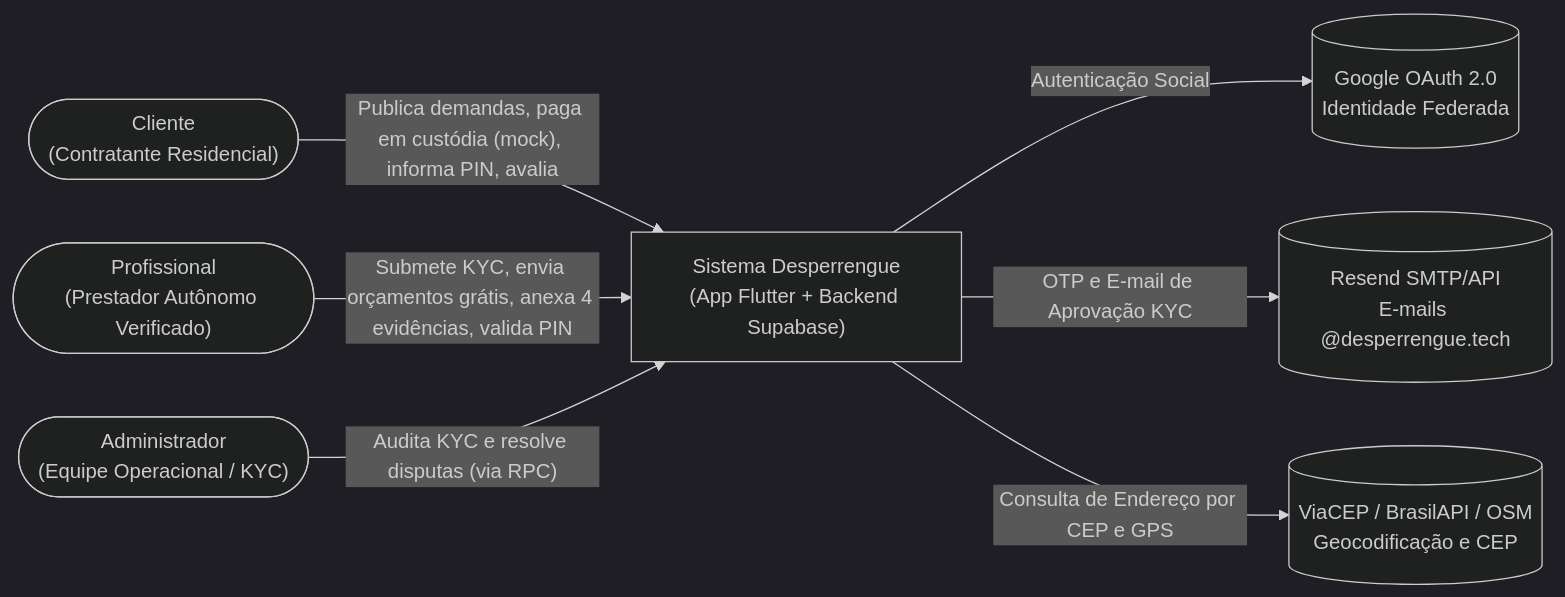
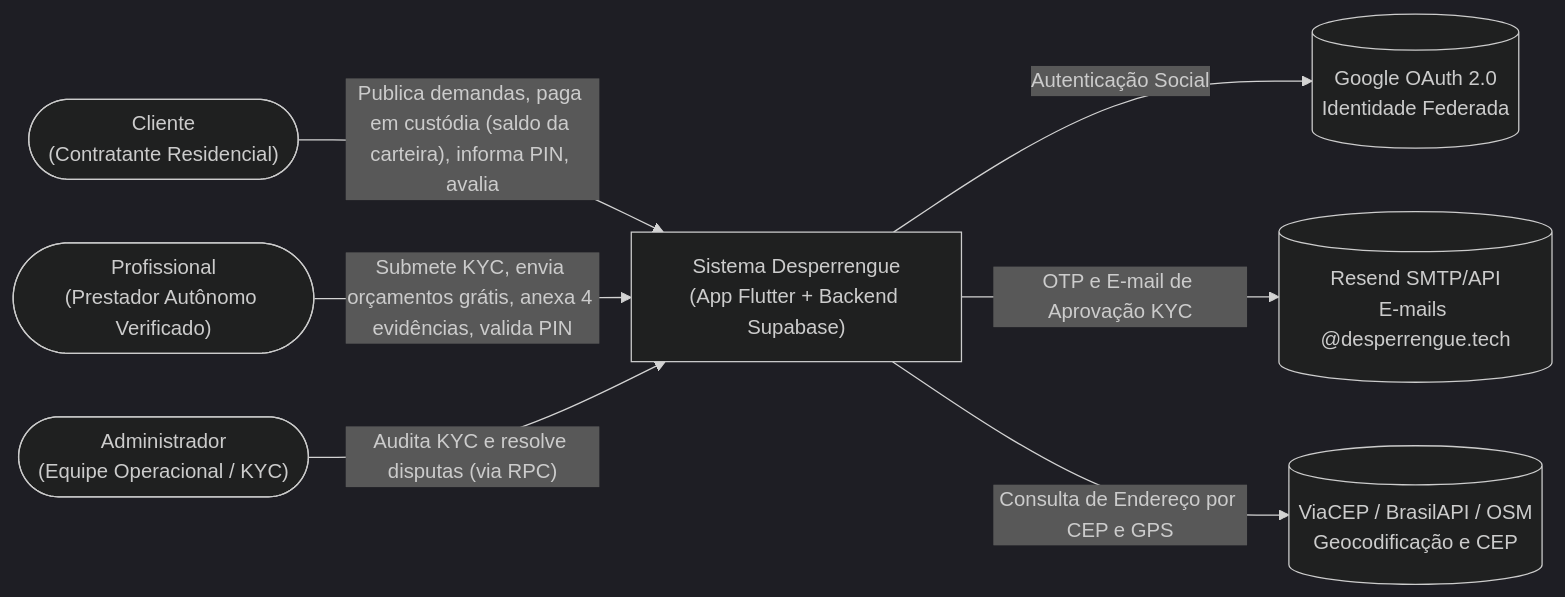
The first of 3 diagrams in docs/Arquitetura do Sistema.md (Washington-Freitas/DesperrengueApp_TAI3), drawn with Mermaid (dark theme) before and after one commit. The commit also changed other lines of this file and 17 other files, not shown here.

First line of the commit message:
docs: documentacao profissional da carteira (ARCHITECTURE, SECURITY, ADRs, specs, guias) + refactor(wallet): modelos em Dart puro

````diff
--- a/docs/Arquitetura do Sistema.md
+++ b/docs/Arquitetura do Sistema.md
@@ -35,19 +35,19 @@
 ```mermaid
 flowchart LR
     C(["Cliente<br/>(Contratante Residencial)"])
     P(["Profissional<br/>(Prestador Autônomo Verificado)"])
     A(["Administrador<br/>(Equipe Operacional / KYC)"])
 
     D["Sistema Desperrengue<br/>(App Flutter + Backend Supabase)"]
 
     G[("Google OAuth 2.0<br/>Identidade Federada")]
     R[("Resend SMTP/API<br/>E-mails @desperrengue.tech")]
     GEO[("ViaCEP / BrasilAPI / OSM<br/>Geocodificação e CEP")]
 
-    C -- "Publica demandas, paga em custódia (mock), informa PIN, avalia" --> D
+    C -- "Publica demandas, paga em custódia (saldo da carteira), informa PIN, avalia" --> D
     P -- "Submete KYC, envia orçamentos grátis, anexa 4 evidências, valida PIN" --> D
     A -- "Audita KYC e resolve disputas (via RPC)" --> D
     D -- "Autenticação Social" --> G
     D -- "OTP e E-mail de Aprovação KYC" --> R
     D -- "Consulta de Endereço por CEP e GPS" --> GEO
 ```
````
